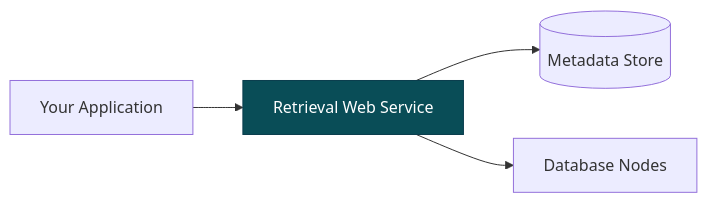
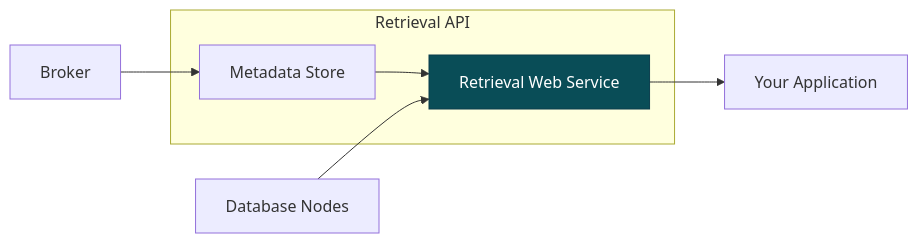
One commit to cmu-mfi/ddb changed the diagram in doc/pages/guides/use-retrieval-api.md. Above: the diagram before and after it, drawn with Mermaid. The commit also changed other lines of this file and 2 other files, not shown here.

````diff
--- a/doc/pages/guides/use-retrieval-api.md
+++ b/doc/pages/guides/use-retrieval-api.md
@@ -12,9 +12,12 @@
 ```{mermaid}
 flowchart LR
-    User[Your Application] --> RWS[Retrieval Web Service]
-    RWS --> MDS[(Metadata Store)]
-    RWS --> DBN[Database Nodes]
-    
+    subgraph API[Retrieval API]
+      MDS["Metadata Store"] --> RWS["Retrieval Web Service"]
+    end
+    RWS --> User[Your Application]
+    DBN[Database Nodes] --> RWS
+    Broker --> MDS
+
     classDef highlight fill:#094d57,stroke:#0a3d4d,color:white
     class RWS highlight
 ```
````
